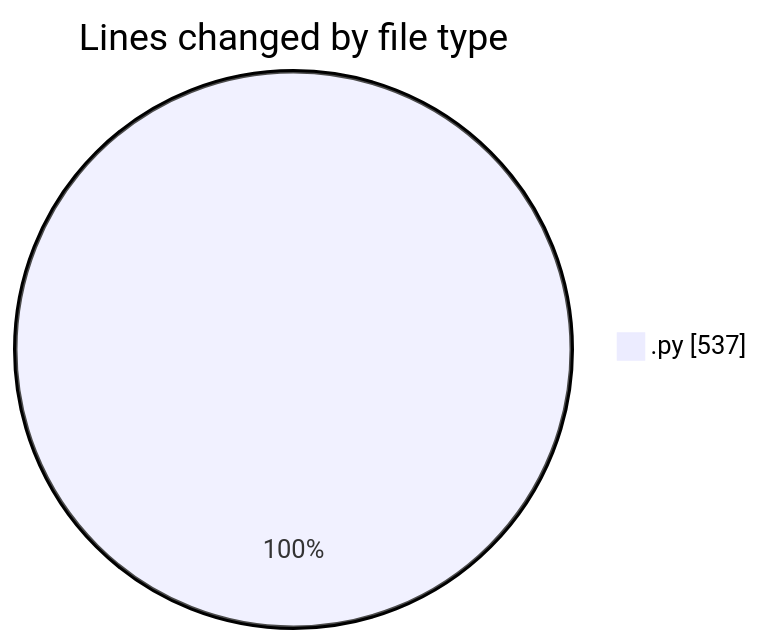
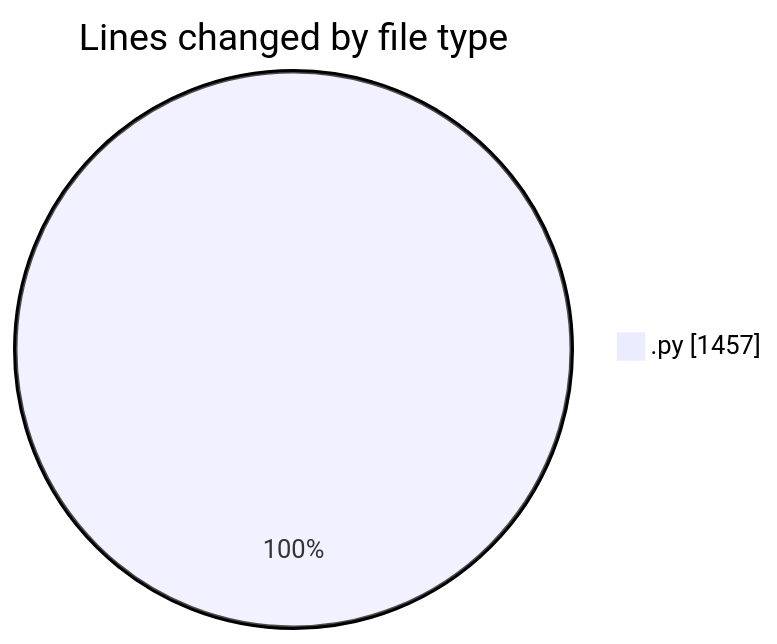
One commit to debugP/code-tracking changed the first of 2 diagrams in 2026-07-06/wp-content/README.md. Above: the diagram before and after it, drawn with Mermaid. The commit also changed other lines of this file and 1 other file, not shown here.

````diff
--- a/2026-07-06/wp-content/README.md
+++ b/2026-07-06/wp-content/README.md
@@ -20,5 +21,5 @@
 ```mermaid
 pie showData
 title Lines changed by file type
-".py" : 537
+".py" : 1457
 ```
````
